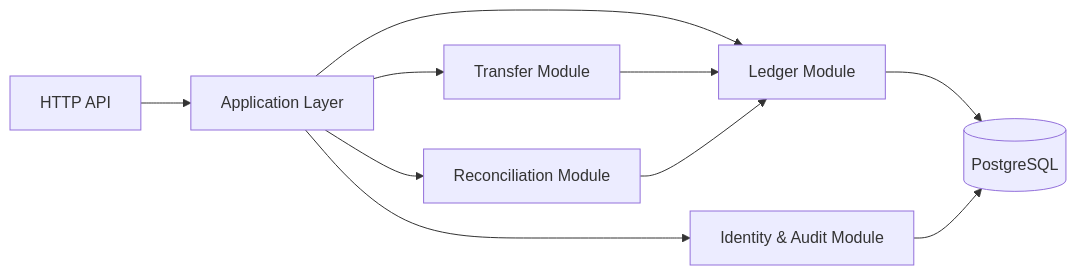
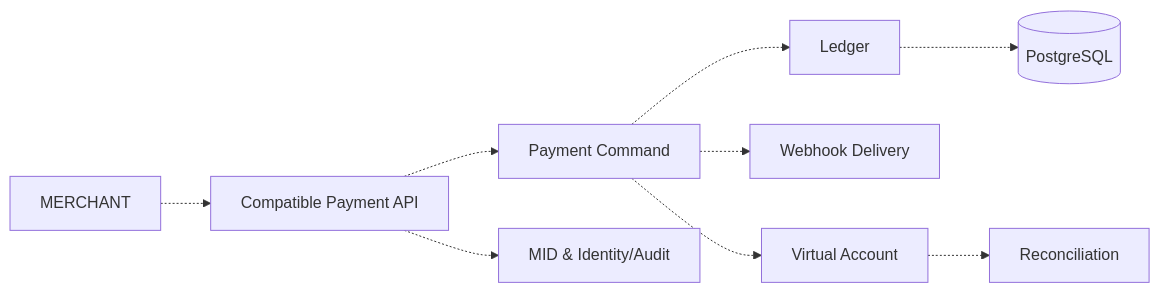
Before and after one commit to whoisyourbias/financial: the second of 6 diagrams in docs/ARCHITECTURE_EVOLUTION.md, drawn with Mermaid. The commit also changed other lines of this file and 58 other files, not shown here.

Commit message:
docs: redesign roadmap around Toss Payments contracts

````diff
--- a/docs/ARCHITECTURE_EVOLUTION.md
+++ b/docs/ARCHITECTURE_EVOLUTION.md
@@ -11,12 +25,11 @@
 ```mermaid
 flowchart LR
-  API[HTTP API] --> APP[Application Layer]
-  APP --> LEDGER[Ledger Module]
-  APP --> TRANSFER[Transfer Module]
-  APP --> RECON[Reconciliation Module]
-  APP --> IDENTITY[Identity & Audit Module]
-  LEDGER --> DB[(PostgreSQL)]
-  TRANSFER --> LEDGER
-  RECON --> LEDGER
-  IDENTITY --> DB
+  MERCHANT -.-> API[Compatible Payment API]
+  API -.-> PAYMENT[Payment Command]
+  PAYMENT -.-> LEDGER[Ledger]
+  PAYMENT -.-> WEBHOOK[Webhook Delivery]
+  PAYMENT -.-> VA[Virtual Account]
+  VA -.-> RECON[Reconciliation]
+  API -.-> IDENTITY[MID & Identity/Audit]
+  LEDGER -.-> DB[(PostgreSQL)]
 ```
````
